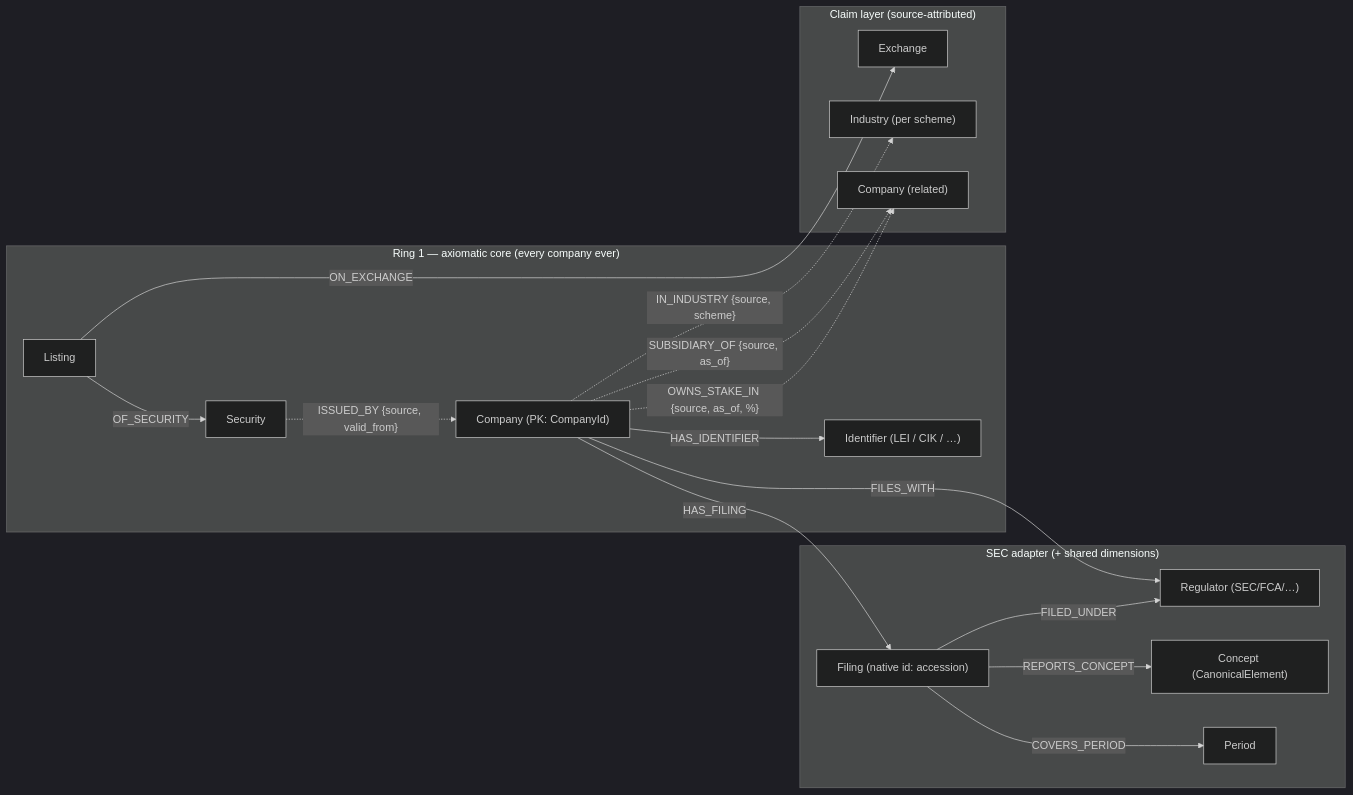
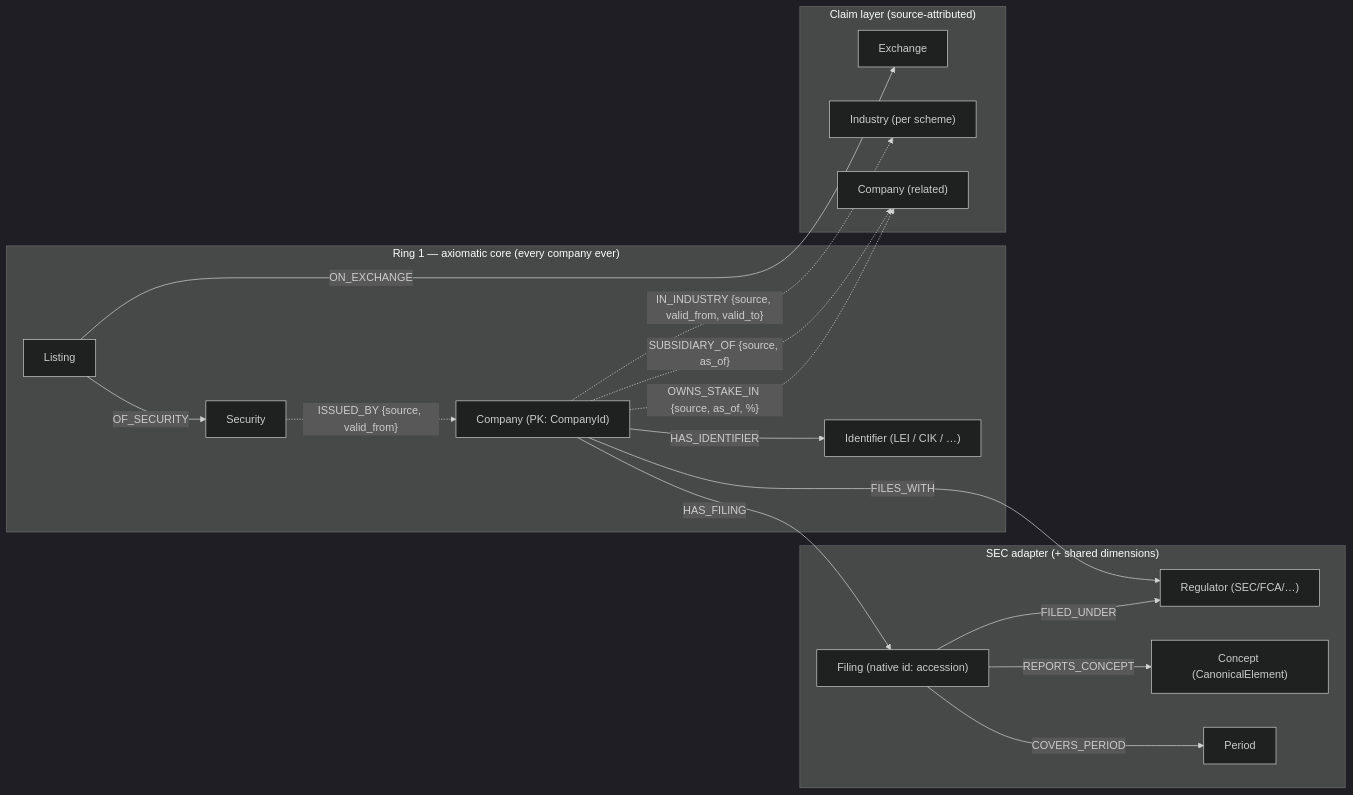
Before and after one commit to ironcapitaleu/arkad: the second of 4 diagrams in sec/design/data_model/hybrid_data_model.md, drawn with Mermaid (dark theme). The commit also changed other lines of this file and 5 other files, not shown here.

````diff
--- a/sec/design/data_model/hybrid_data_model.md
+++ b/sec/design/data_model/hybrid_data_model.md
@@ -313,32 +312,32 @@
 ```mermaid
 graph LR
   subgraph CoreAx["Ring 1 — axiomatic core (every company ever)"]
     C["Company (PK: CompanyId)"]
     ID["Identifier (LEI / CIK / …)"]
     S["Security"]
     L["Listing"]
   end
   subgraph Adapter["SEC adapter (+ shared dimensions)"]
     R["Regulator (SEC/FCA/…)"]
     F["Filing (native id: accession)"]
     K["Concept (CanonicalElement)"]
     P["Period"]
   end
   subgraph Claims["Claim layer (source-attributed)"]
     E["Exchange"]
     I["Industry (per scheme)"]
     C2["Company (related)"]
   end
   C -- HAS_IDENTIFIER --> ID
   C -- HAS_FILING --> F
   C -- FILES_WITH --> R
   F -- FILED_UNDER --> R
   F -- COVERS_PERIOD --> P
   F -- REPORTS_CONCEPT --> K
   S -. "ISSUED_BY {source, valid_from}" .-> C
   L -- OF_SECURITY --> S
   L -- ON_EXCHANGE --> E
-  C -. "IN_INDUSTRY {source, scheme}" .-> I
+  C -. "IN_INDUSTRY {source, valid_from, valid_to}" .-> I
   C -. "SUBSIDIARY_OF {source, as_of}" .-> C2
   C -. "OWNS_STAKE_IN {source, as_of, %}" .-> C2
 ```
````
